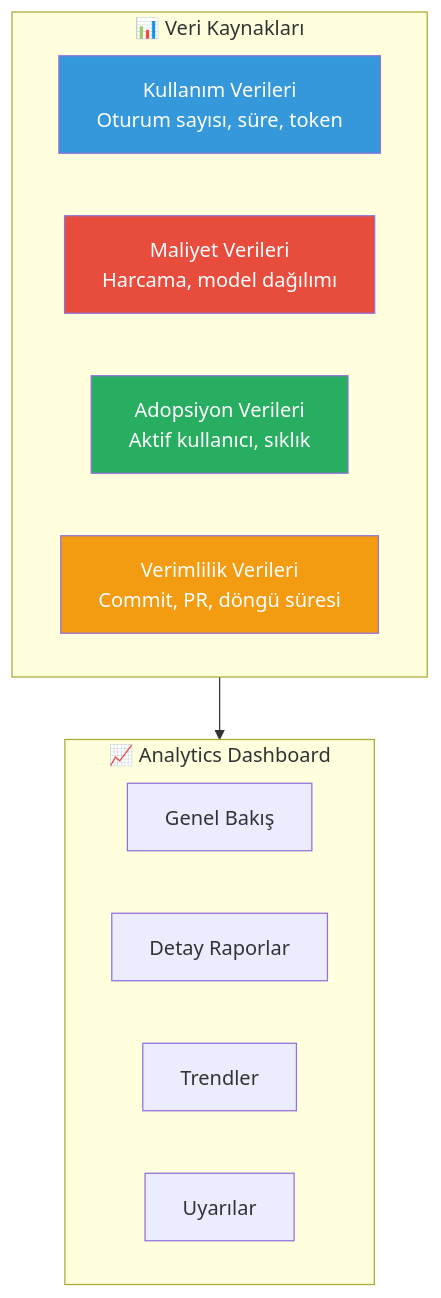
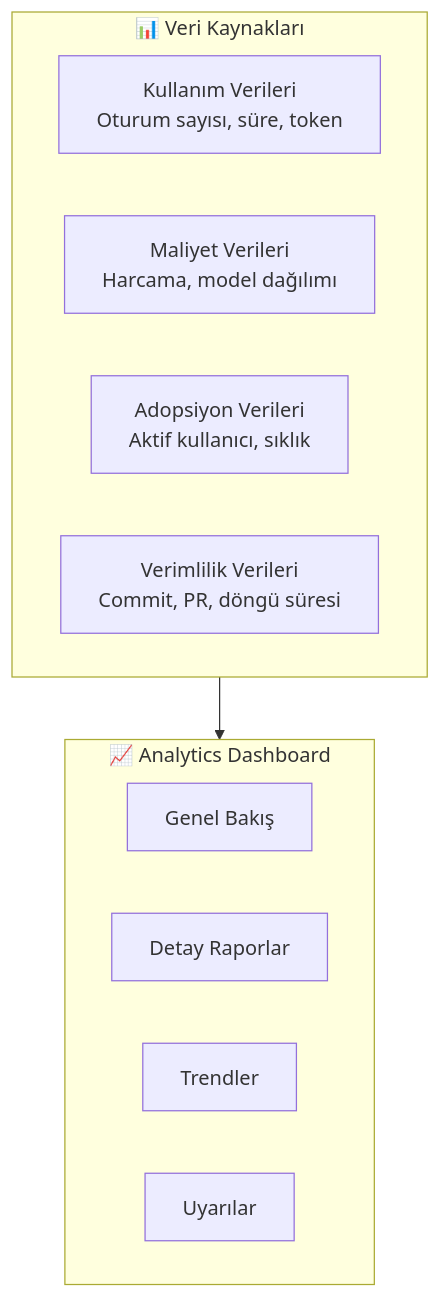
Before and after one commit to IzzetYasinAtes/ClaudeCodeHandbook: the first of 7 diagrams in 18-kurumsal-kullanim/02-analitik-ve-metrikler.md, drawn with Mermaid. The commit also changed other lines of this file and 97 other files, not shown here.

Commit message:
Remove all custom Mermaid style/fill colors from 98 markdown files for consistent dark theme rendering

````diff
--- a/18-kurumsal-kullanim/02-analitik-ve-metrikler.md
+++ b/18-kurumsal-kullanim/02-analitik-ve-metrikler.md
@@ -16,23 +16,19 @@
 ```mermaid
 flowchart TD
     subgraph data ["📊 Veri Kaynakları"]
         USAGE["Kullanım Verileri<br/>Oturum sayısı, süre, token"]
         COST["Maliyet Verileri<br/>Harcama, model dağılımı"]
         ADOPTION["Adopsiyon Verileri<br/>Aktif kullanıcı, sıklık"]
         VELOCITY["Verimlilik Verileri<br/>Commit, PR, döngü süresi"]
     end
 
     subgraph dashboard ["📈 Analytics Dashboard"]
         OVERVIEW["Genel Bakış"]
         DETAILS["Detay Raporlar"]
         TRENDS["Trendler"]
         ALERTS["Uyarılar"]
     end
 
     data --> dashboard
 
-    style USAGE fill:#3498DB,color:#fff
-    style COST fill:#E74C3C,color:#fff
-    style ADOPTION fill:#27AE60,color:#fff
-    style VELOCITY fill:#F39C12,color:#fff
 ```
````
